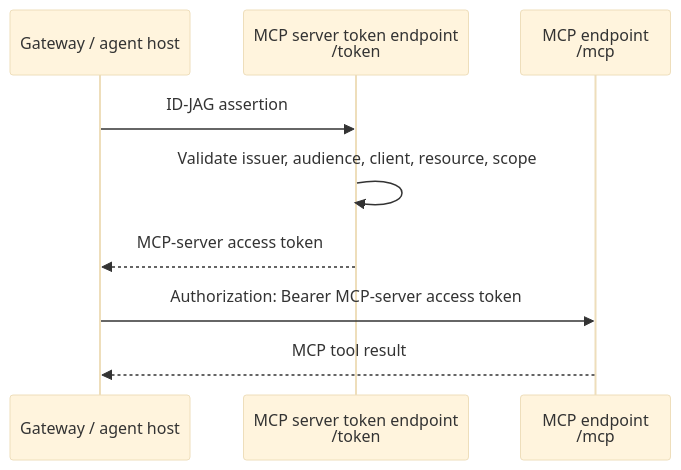
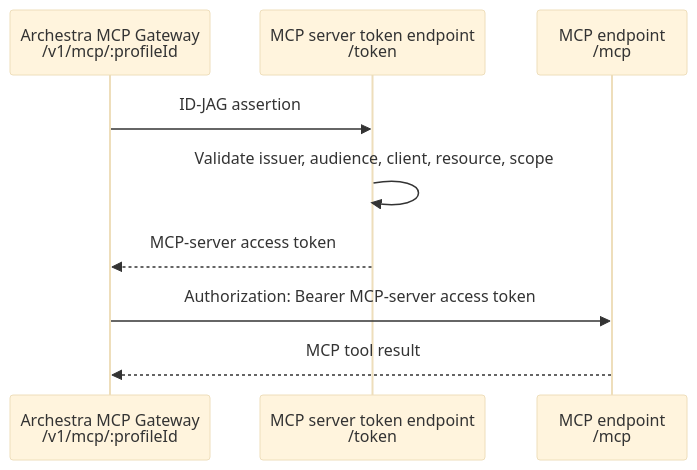
One commit to archestra-ai/examples changed the diagram in mcp-server-id-jag/README.md. Above: the diagram before and after it, drawn with Mermaid (base theme). The commit also changed other lines of this file and 1 other file, not shown here.

Commit message:
Clarify Archestra MCP Gateway auth flow

````diff
--- a/mcp-server-id-jag/README.md
+++ b/mcp-server-id-jag/README.md
@@ -18,12 +19,12 @@
 ```mermaid
 sequenceDiagram
-  participant Gateway as Gateway / agent host
+  participant Gateway as Archestra MCP Gateway<br/>/v1/mcp/:profileId
   participant Token as MCP server token endpoint<br/>/token
   participant MCP as MCP endpoint<br/>/mcp
 
   Gateway->>Token: ID-JAG assertion
   Token->>Token: Validate issuer, audience, client, resource, scope
   Token-->>Gateway: MCP-server access token
   Gateway->>MCP: Authorization: Bearer MCP-server access token
   MCP-->>Gateway: MCP tool result
 ```
````
